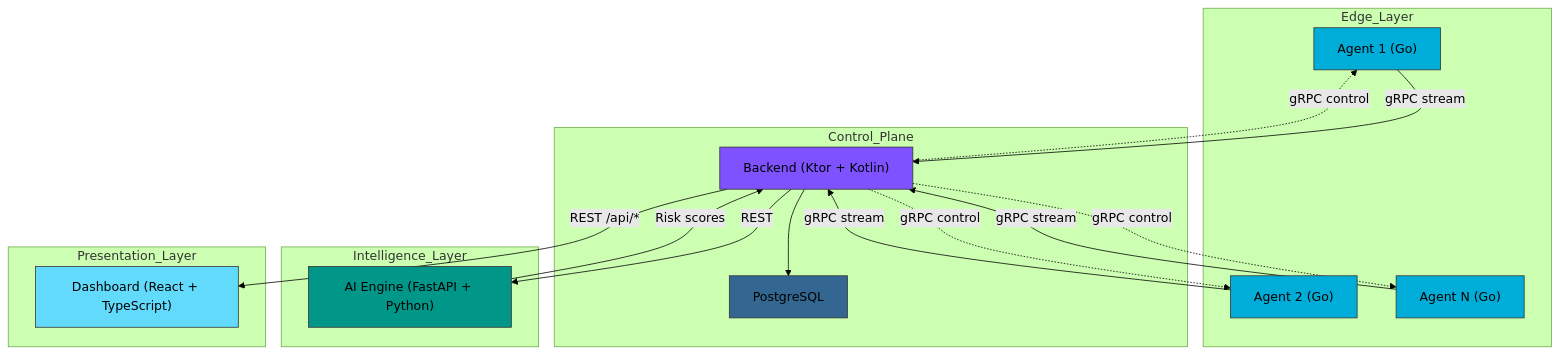
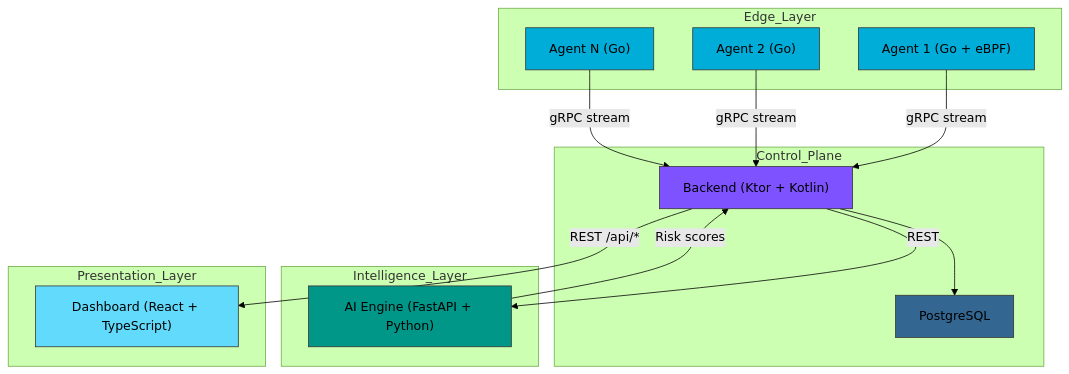
The first of 3 diagrams in README.md (Yahia995/edge-telemetry), drawn with Mermaid (forest theme) before and after one commit. The commit also changed other lines of this file and 2 other files, not shown here.

````diff
--- a/README.md
+++ b/README.md
@@ -57,42 +57,39 @@
 ```mermaid
 graph TB
     subgraph Edge_Layer
-        A1["Agent 1 (Go)"]
+        A1["Agent 1 (Go + eBPF)"]
         A2["Agent 2 (Go)"]
         A3["Agent N (Go)"]
     end
 
     subgraph Control_Plane
         B["Backend (Ktor + Kotlin)"]
         C["PostgreSQL"]
     end
 
     subgraph Intelligence_Layer
         D["AI Engine (FastAPI + Python)"]
     end
 
     subgraph Presentation_Layer
         E["Dashboard (React + TypeScript)"]
     end
 
     A1 -->|gRPC stream| B
     A2 -->|gRPC stream| B
     A3 -->|gRPC stream| B
 
     B --> C
     B -->|REST| D
     D -->|Risk scores| B
-    B -.->|gRPC control| A1
-    B -.->|gRPC control| A2
-    B -.->|gRPC control| A3
 
     B -->|REST /api/*| E
 
     style A1 fill:#00ADD8,stroke:#333,color:#000
     style A2 fill:#00ADD8,stroke:#333,color:#000
     style A3 fill:#00ADD8,stroke:#333,color:#000
     style B fill:#7F52FF,stroke:#333,color:#000
     style C fill:#336791,stroke:#333,color:#000
     style D fill:#009688,stroke:#333,color:#000
     style E fill:#61DAFB,stroke:#333,color:#000
 ```
````
